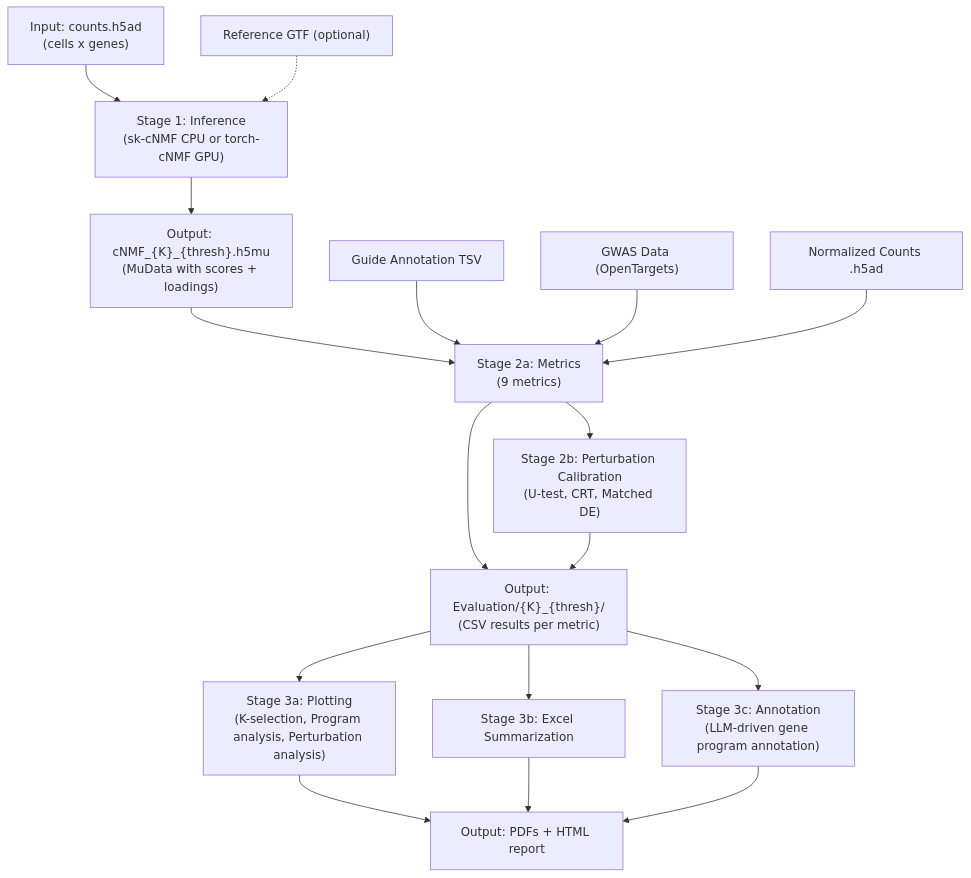
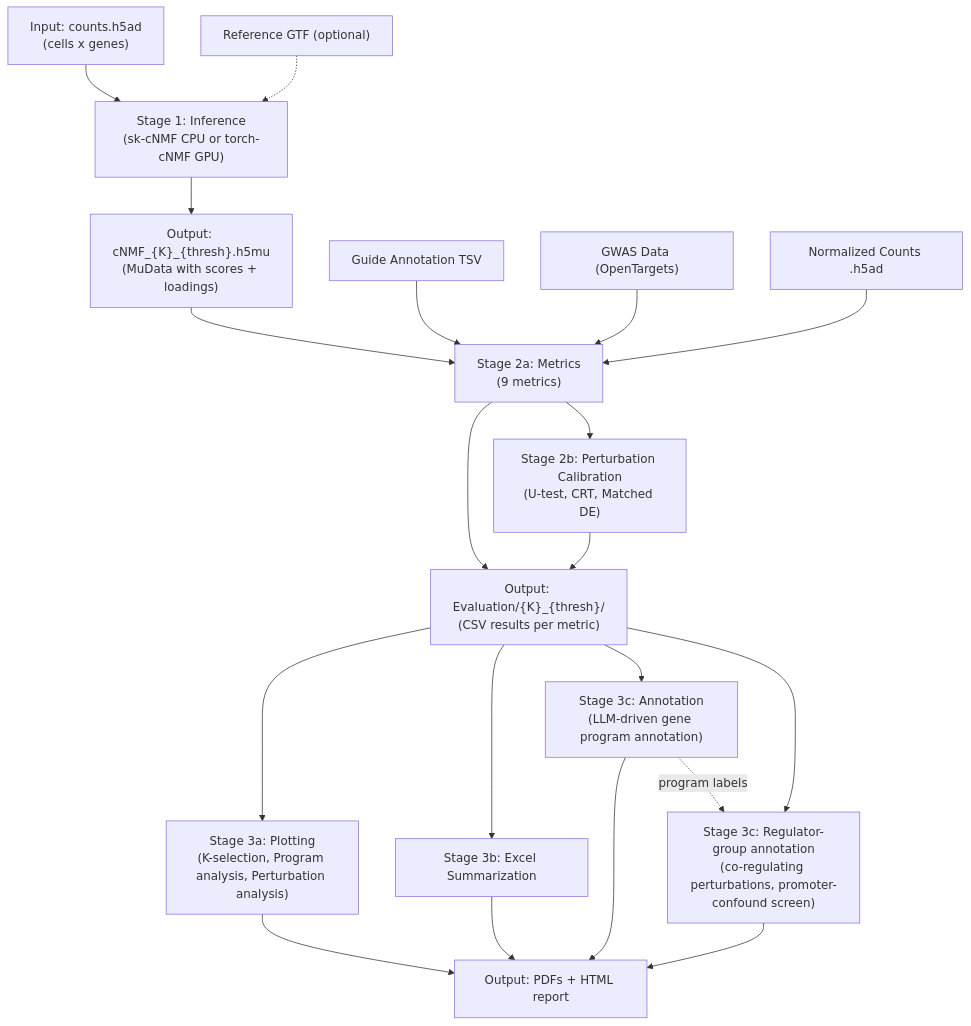
The diagram in CLAUDE.md (EngreitzLab/PerturbNMF), drawn with Mermaid before and after one commit. The commit also changed 2 other files, not shown here.

Commit message:
Document RegulatorGroupAnnotator in the runner skill and pipeline diagram; add --groups

````diff
--- a/CLAUDE.md
+++ b/CLAUDE.md
@@ -9,19 +9,22 @@
 ```mermaid
 flowchart TD
     A["Input: counts.h5ad\n(cells x genes)"] --> B["Stage 1: Inference\n(sk-cNMF CPU or torch-cNMF GPU)"]
     B --> D["Output: cNMF_{K}_{thresh}.h5mu\n(MuData with scores + loadings)"]
     D --> E["Stage 2a: Metrics\n(9 metrics)"]
     E --> F["Output: Evaluation/{K}_{thresh}/\n(CSV results per metric)"]
     E --> G["Stage 2b: Perturbation Calibration\n(U-test, CRT, Matched DE)"]
     G --> F
     F --> I["Stage 3a: Plotting\n(K-selection, Program analysis, Perturbation analysis)"]
     I --> L["Output: PDFs + HTML report"]
     F --> S["Stage 3b: Excel Summarization"]
     S --> L
     F --> Q["Stage 3c: Annotation\n(LLM-driven gene program annotation)"]
     Q --> L
+    F --> R["Stage 3c: Regulator-group annotation\n(co-regulating perturbations, promoter-confound screen)"]
+    Q -. program labels .-> R
+    R --> L
     M["Guide Annotation TSV"] --> E
     N["GWAS Data (OpenTargets)"] --> E
     O["Normalized Counts .h5ad"] --> E
     P["Reference GTF (optional)"] -.-> B
 ```
````
